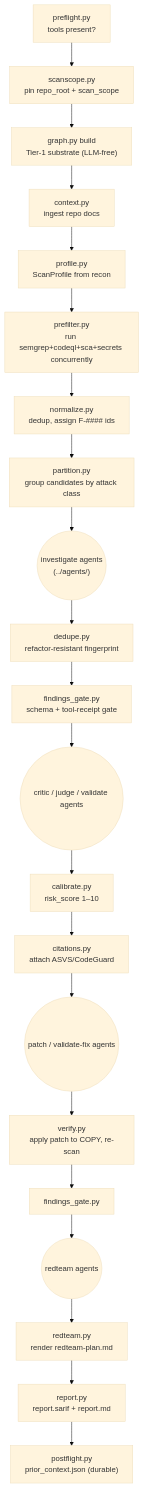
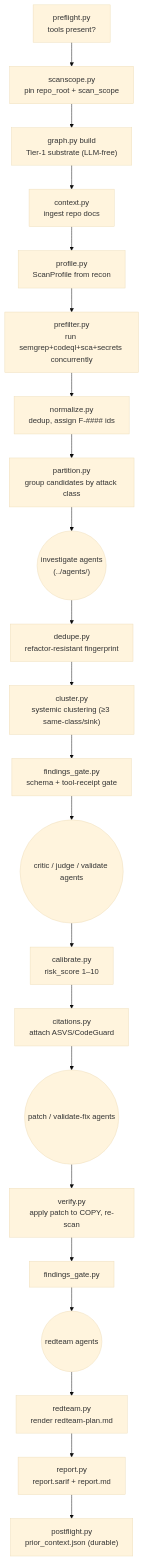
One commit to cjbischoff/cjbischoff-claude-code-tools changed the first of 2 diagrams in plugins/sec-overlay/skills/sec-overlay/helpers/README.md. Above: the diagram before and after it, drawn with Mermaid (base theme). The commit also changed other lines of this file and 9 other files, not shown here.

Commit message:
feat(sec-overlay): add systemic clustering pass

````diff
--- a/plugins/sec-overlay/skills/sec-overlay/helpers/README.md
+++ b/plugins/sec-overlay/skills/sec-overlay/helpers/README.md
@@ -60,22 +60,23 @@
 ```mermaid
 flowchart TD
     PF["preflight.py<br/>tools present?"] --> SS["scanscope.py<br/>pin repo_root + scan_scope"]
     SS --> GR["graph.py build<br/>Tier-1 substrate (LLM-free)"]
     GR --> CTX["context.py<br/>ingest repo docs"]
     CTX --> PROFILE["profile.py<br/>ScanProfile from recon"]
     PROFILE --> PRE["prefilter.py<br/>run semgrep+codeql+sca+secrets concurrently"]
     PRE --> NORM["normalize.py<br/>dedup, assign F-#### ids"]
     NORM --> PART["partition.py<br/>group candidates by attack class"]
     PART --> INV(("investigate agents<br/>(../agents/)"))
     INV --> DED["dedupe.py<br/>refactor-resistant fingerprint"]
-    DED --> GATE1["findings_gate.py<br/>schema + tool-receipt gate"]
+    DED --> CLUS["cluster.py<br/>systemic clustering (≥3 same-class/sink)"]
+    CLUS --> GATE1["findings_gate.py<br/>schema + tool-receipt gate"]
     GATE1 --> LADDER(("critic / judge / validate agents"))
     LADDER --> CAL["calibrate.py<br/>risk_score 1–10"]
     CAL --> CIT["citations.py<br/>attach ASVS/CodeGuard"]
     CIT --> PATCHV(("patch / validate-fix agents"))
     PATCHV --> VER["verify.py<br/>apply patch to COPY, re-scan"]
     VER --> GATE2["findings_gate.py"]
     GATE2 --> RT(("redteam agents")) --> RTR["redteam.py<br/>render redteam-plan.md"]
     RTR --> REP["report.py<br/>report.sarif + report.md"]
     REP --> POST["postflight.py<br/>prior_context.json (durable)"]
 ```
````
